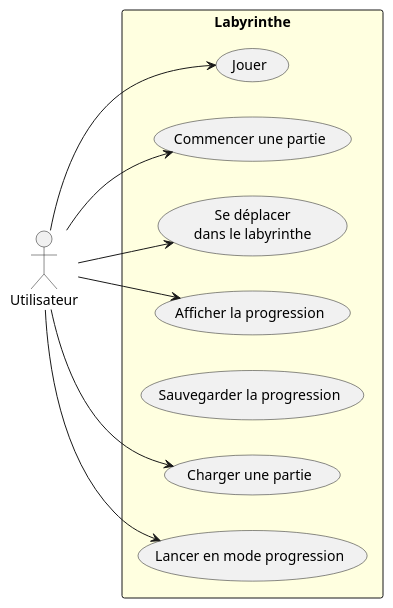
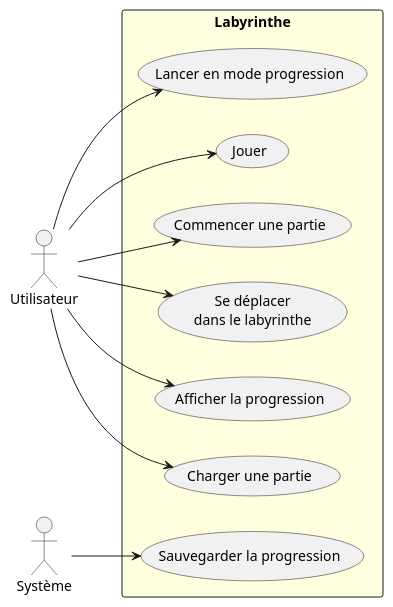
One commit to blavogiez/developpement-modulab-Semestre3 changed the diagram in rapports/analyse/diagramme.puml. Above: the diagram before and after it, drawn with PlantUML. The commit also changed 3 other files, not shown here.

```diff
--- a/rapports/analyse/diagramme.puml
+++ b/rapports/analyse/diagramme.puml
@@ -1,23 +1,26 @@
 @startuml Labyrinthe
 left to right direction
 
 actor "Utilisateur" as us
+actor "Système" as sy
 
 rectangle Labyrinthe #lightyellow {
   usecase "Jouer" as UC1
   usecase "Commencer une partie" as UC2
   usecase "Se déplacer\ndans le labyrinthe" as UC3
   usecase "Afficher la progression" as UC4
   usecase "Sauvegarder la progression" as UC5
   usecase "Charger une partie" as UC6
   usecase "Lancer en mode progression" as UC7
 }
 
 ' Relations principales (acteur -> cas d'utilisation)
 us --> UC1
 us --> UC2
 us --> UC3
 us --> UC4
 us --> UC6
 us --> UC7
+
+sy --> UC5
 @enduml
```
